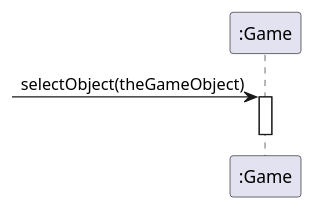
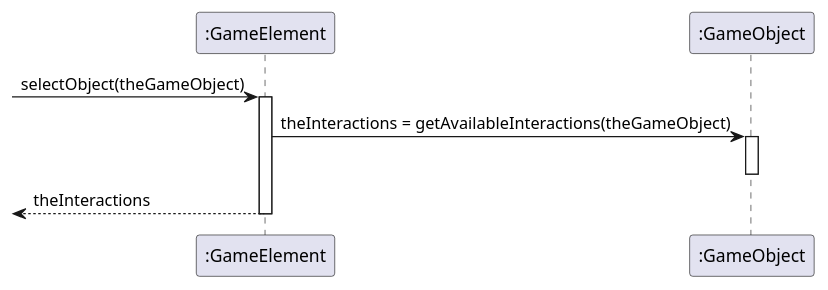
The diagram in Diagrams/selectObject.puml (juliusmarminge/PA1459-Diagrams), drawn with PlantUML before and after one commit. The commit also changed 4 other files, not shown here.

```diff
--- a/Diagrams/selectObject.puml
+++ b/Diagrams/selectObject.puml
@@ -1,19 +1,22 @@
 @startuml
 'https://plantuml.com/sequence-diagram
 
 'User selects an object to interact with, system then
 'returns what interactions are available for that object.
+participant ":GameElement" as gameElement
+'participant ":Scene" as scene
+participant ":GameObject" as gameObject
 
-participant ":Game" as game
+[->gameElement : selectObject(theGameObject)
+activate gameElement
 
-[->game : selectObject(theGameObject)
-activate game
+gameElement -> gameObject : theInteractions = getAvailableInteractions(theGameObject)
+activate gameObject
+deactivate gameObject
 
 
-deactivate game
+[<--gameElement : theInteractions
+deactivate gameElement
 
 
-'[<--someObject : list of interationTypes available for theGameObject
-'activate someObject
-
 @enduml
```
